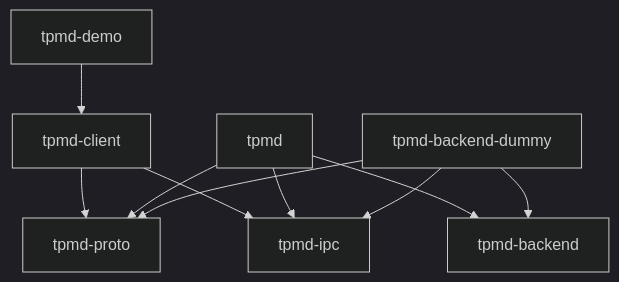
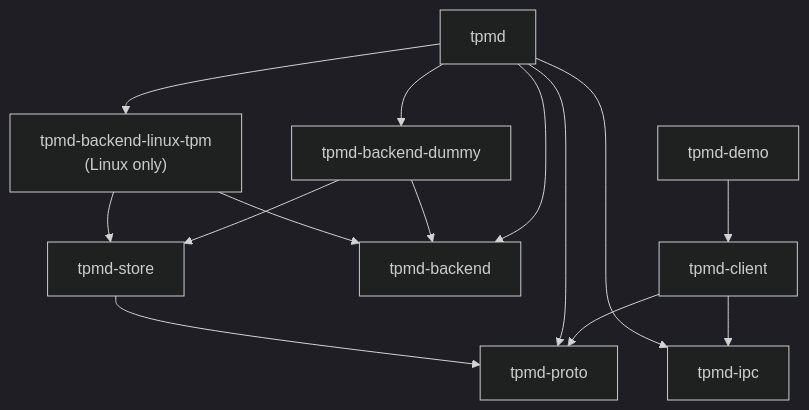
One commit to OffworldNexus/tpmd changed the first of 2 diagrams in docs/architecture.md. Above: the diagram before and after it, drawn with Mermaid (dark theme). The commit also changed other lines of this file and 35 other files, not shown here.

````diff
--- a/docs/architecture.md
+++ b/docs/architecture.md
@@ -41,12 +58,16 @@
 ```mermaid
 graph TD
   client["tpmd-client"] --> proto["tpmd-proto"]
   client --> ipc["tpmd-ipc"]
   daemon["tpmd"] --> proto
   daemon --> ipc
   daemon --> backend["tpmd-backend"]
-  dummy["tpmd-backend-dummy"] --> backend
-  dummy --> proto
-  dummy --> ipc
+  daemon --> dummy["tpmd-backend-dummy"]
+  daemon --> linuxtpm["tpmd-backend-linux-tpm<br/>(Linux only)"]
+  dummy --> backend
+  dummy --> store["tpmd-store"]
+  linuxtpm --> backend
+  linuxtpm --> store
+  store --> proto
   demo["tpmd-demo"] --> client
 ```
````
